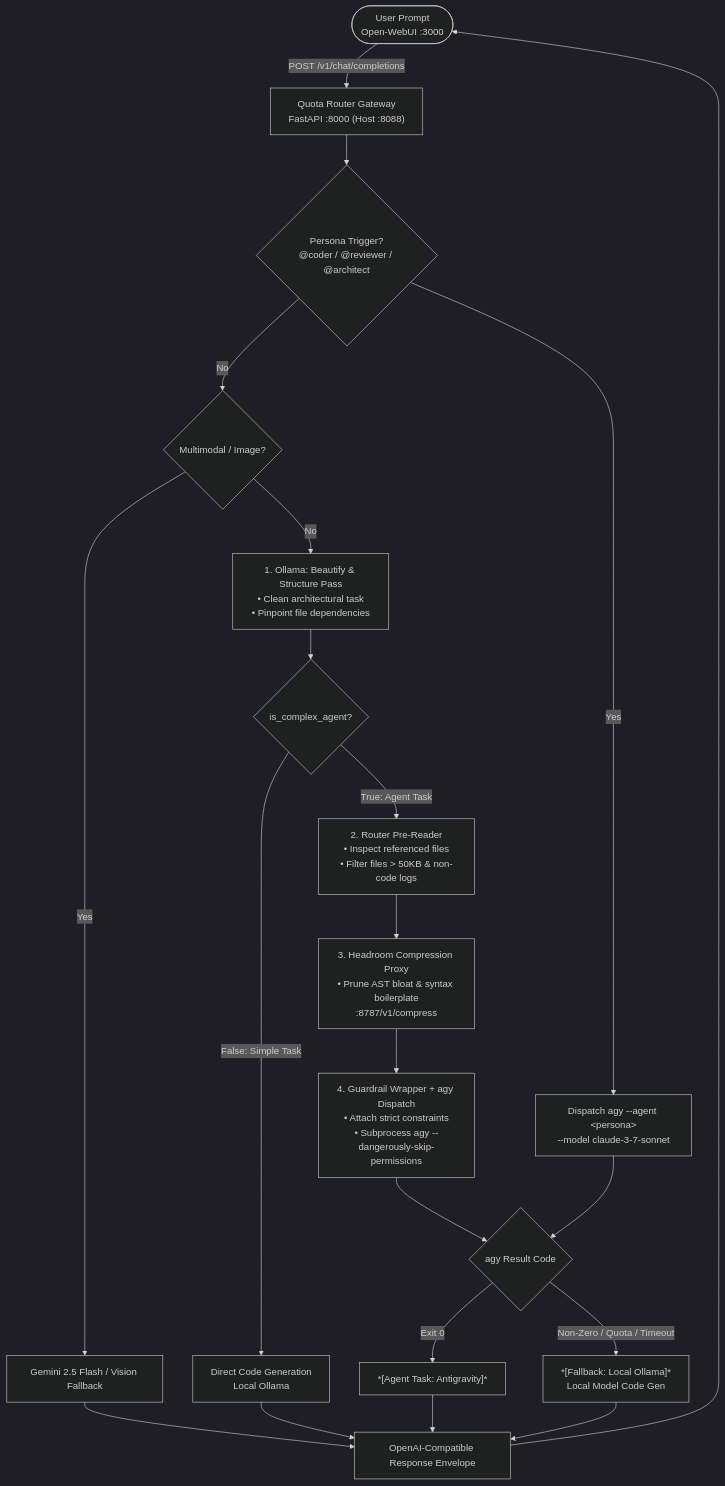
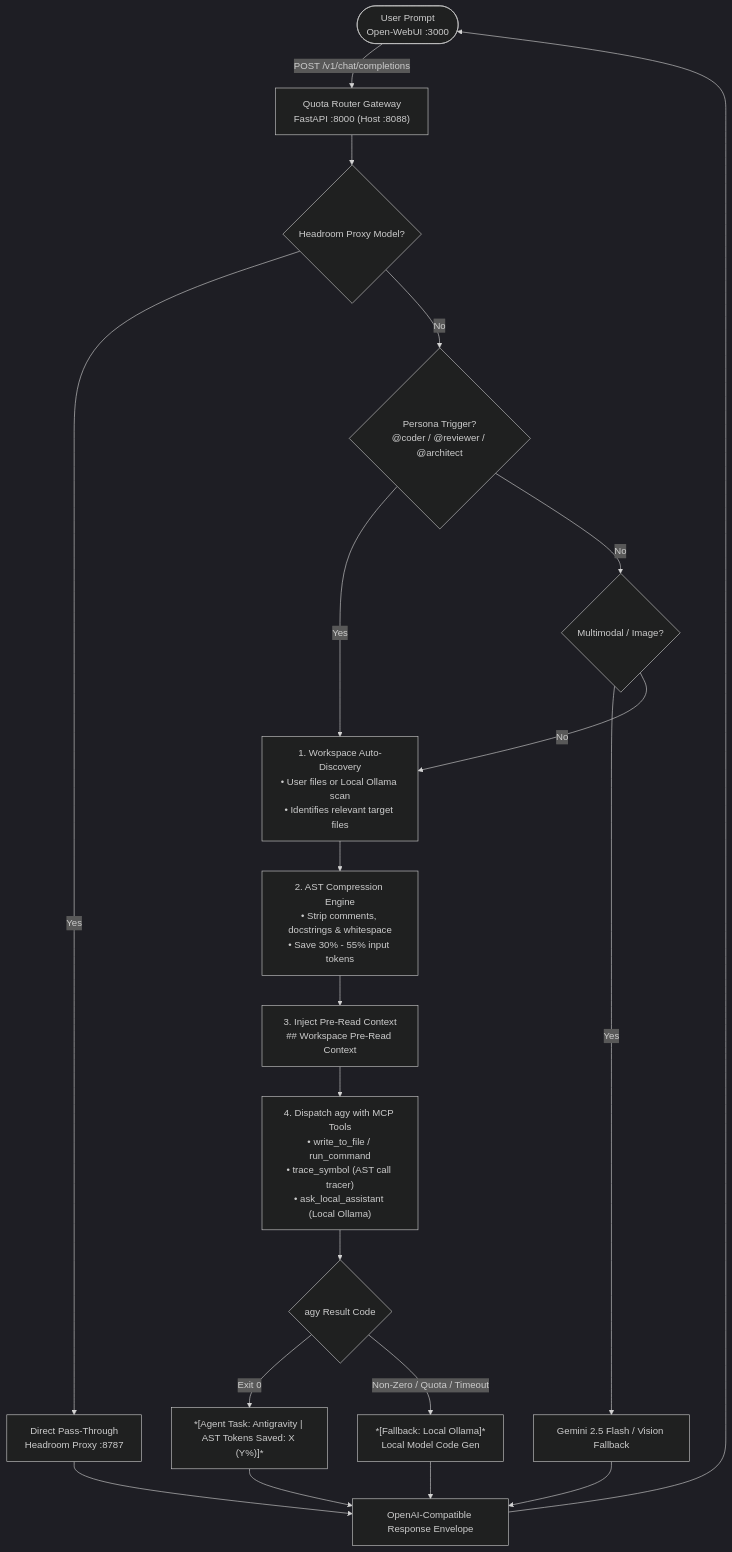
Before and after one commit to YHDF/ai-compression-stack: the diagram in README.md, drawn with Mermaid (dark theme). The commit also changed other lines of this file and 9 other files, not shown here.

First line of the commit message:
feat: implement AST code compression, zero-cost Ollama discovery, and in-flight MCP assistant tools

````diff
--- a/README.md
+++ b/README.md
@@ -47,34 +45,32 @@
 ```mermaid
 flowchart TD
     Client(["User Prompt<br>Open-WebUI :3000"]) -->|POST /v1/chat/completions| Router["Quota Router Gateway<br>FastAPI :8000 (Host :8088)"]
 
-    Router --> CheckPersona{"Persona Trigger?<br>@coder / @reviewer / @architect"}
-    CheckPersona -->|Yes| DispatchPersona["Dispatch agy --agent &lt;persona&gt;<br>--model claude-3-7-sonnet"]
+    Router --> CheckHeadroom{"Headroom Proxy Model?"}
+    CheckHeadroom -->|Yes| HeadroomDirect["Direct Pass-Through<br>Headroom Proxy :8787"]
 
+    CheckHeadroom -->|No| CheckPersona{"Persona Trigger?<br>@coder / @reviewer / @architect"}
+    
+    CheckPersona -->|Yes| AutoDiscover["1. Workspace Auto-Discovery<br>• User files or Local Ollama scan<br>• Identifies relevant target files"]
     CheckPersona -->|No| CheckVision{"Multimodal / Image?"}
+
     CheckVision -->|Yes| GeminiVision["Gemini 2.5 Flash / Vision Fallback"]
+    CheckVision -->|No| AutoDiscover
 
-    CheckVision -->|No| OllamaPass["1. Ollama: Beautify & Structure Pass<br>• Clean architectural task<br>• Pinpoint file dependencies"]
-    
-    OllamaPass --> Classify{"is_complex_agent?"}
+    AutoDiscover --> ASTCompress["2. AST Compression Engine<br>• Strip comments, docstrings & whitespace<br>• Save 30% - 55% input tokens"]
 
-    Classify -->|False: Simple Task| SimpleOllama["Direct Code Generation<br>Local Ollama"]
+    ASTCompress --> PreRead["3. Inject Pre-Read Context<br>## Workspace Pre-Read Context"]
 
-    Classify -->|True: Agent Task| PreReader["2. Router Pre-Reader<br>• Inspect referenced files<br>• Filter files > 50KB & non-code logs"]
+    PreRead --> DispatchAgy["4. Dispatch agy with MCP Tools<br>• write_to_file / run_command<br>• trace_symbol (AST call tracer)<br>• ask_local_assistant (Local Ollama)"]
 
-    PreReader --> Headroom["3. Headroom Compression Proxy<br>• Prune AST bloat & syntax boilerplate<br>:8787/v1/compress"]
+    DispatchAgy --> CheckStatus{"agy Result Code"}
 
-    Headroom --> Guardrails["4. Guardrail Wrapper + agy Dispatch<br>• Attach strict constraints<br>• Subprocess agy --dangerously-skip-permissions"]
-
-    Guardrails --> CheckStatus{"agy Result Code"}
-    DispatchPersona --> CheckStatus
-
-    CheckStatus -->|Exit 0| AgentSuccess["*[Agent Task: Antigravity]*"]
+    CheckStatus -->|Exit 0| AgentSuccess["*[Agent Task: Antigravity | AST Tokens Saved: X (Y%)]*"]
     CheckStatus -->|Non-Zero / Quota / Timeout| FallbackOllama["*[Fallback: Local Ollama]*<br>Local Model Code Gen"]
 
     GeminiVision --> Envelope["OpenAI-Compatible Response Envelope"]
-    SimpleOllama --> Envelope
+    HeadroomDirect --> Envelope
     AgentSuccess --> Envelope
     FallbackOllama --> Envelope
     Envelope --> Client
 ```
````
